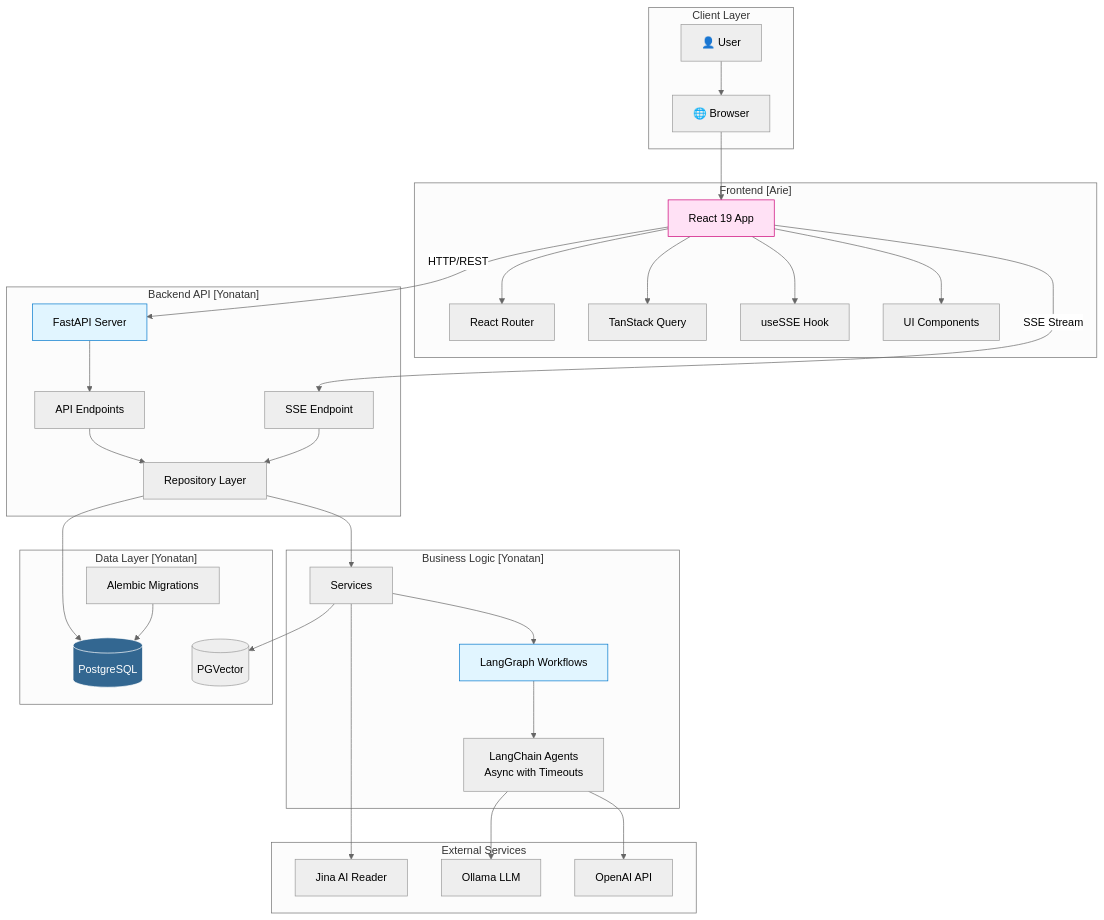
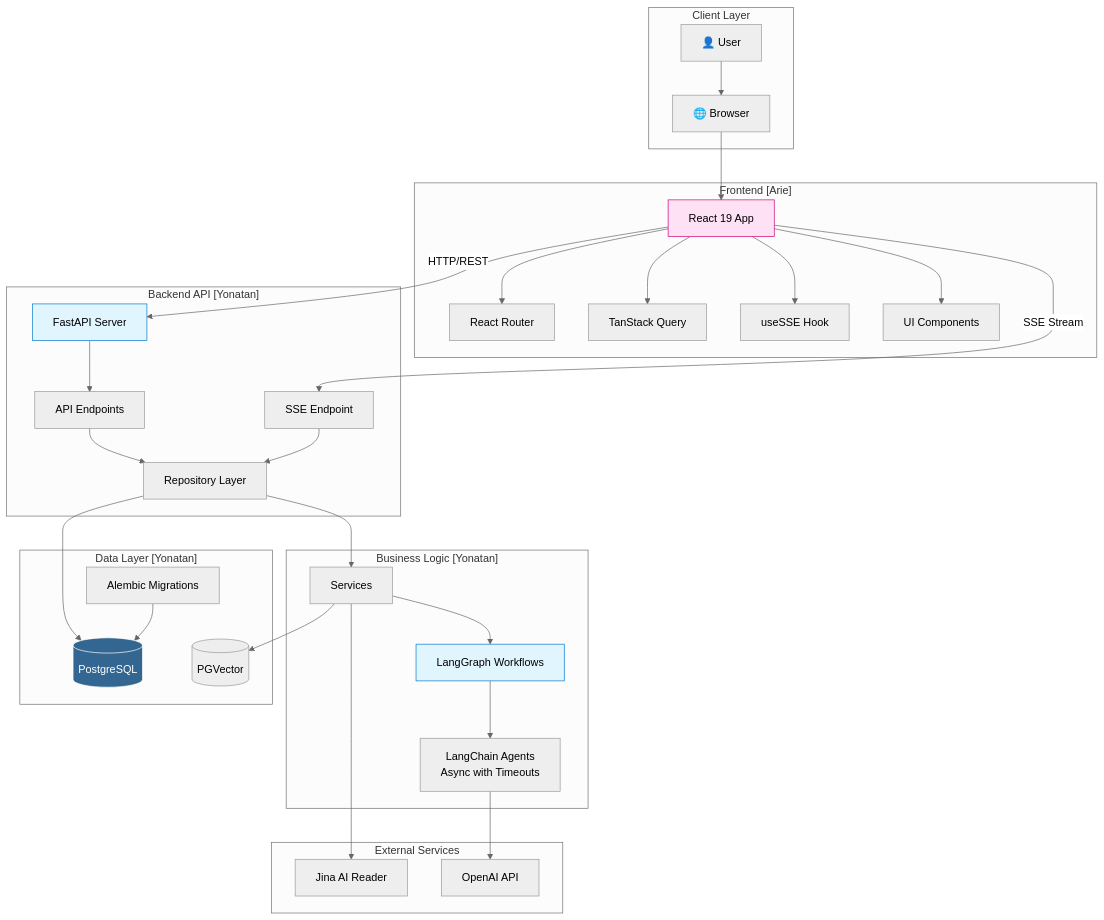
The second of 11 diagrams in docs/ARCHITECTURE.md (ArieGoldkin/SkillForge), drawn with Mermaid (neutral theme) before and after one commit. The commit also changed other lines of this file and 26 other files, not shown here.

````diff
--- a/docs/ARCHITECTURE.md
+++ b/docs/ARCHITECTURE.md
@@ -130,70 +130,68 @@
 ```mermaid
 graph TB
     subgraph "Client Layer"
         User[👤 User]
         Browser[🌐 Browser]
         User --> Browser
     end
     
     subgraph "Frontend [Arie]"
         React[React 19 App]
         Router[React Router]
         Query[TanStack Query]
         SSE[useSSE Hook]
         Components[UI Components]
         
         Browser --> React
         React --> Router
         React --> Query
         React --> SSE
         React --> Components
     end
     
     subgraph "Backend API [Yonatan]"
         FastAPI[FastAPI Server]
         Endpoints[API Endpoints]
         SSEEndpoint[SSE Endpoint]
         Repos[Repository Layer]
         
         React -->|HTTP/REST| FastAPI
         React -->|SSE Stream| SSEEndpoint
         FastAPI --> Endpoints
         Endpoints --> Repos
         SSEEndpoint --> Repos
     end
     
     subgraph "Business Logic [Yonatan]"
         Services[Services]
         Workflows[LangGraph Workflows]
         Agents[LangChain Agents<br/>Async with Timeouts]
         
         Repos --> Services
         Services --> Workflows
         Workflows --> Agents
     end
     
     subgraph "Data Layer [Yonatan]"
         PostgreSQL[(PostgreSQL)]
         PGVector[(PGVector)]
         Alembic[Alembic Migrations]
         
         Repos --> PostgreSQL
         Services --> PGVector
         Alembic --> PostgreSQL
     end
     
     subgraph "External Services"
         JinaAI[Jina AI Reader]
-        Ollama[Ollama LLM]
         OpenAI[OpenAI API]
         
         Services --> JinaAI
-        Agents --> Ollama
         Agents --> OpenAI
     end
     
     style React fill:#ffe1f5,stroke:#cc0077
     style FastAPI fill:#e1f5ff,stroke:#0077cc
     style PostgreSQL fill:#336791,stroke:#fff,color:#fff
     style Workflows fill:#e1f5ff,stroke:#0077cc
 ```
````
